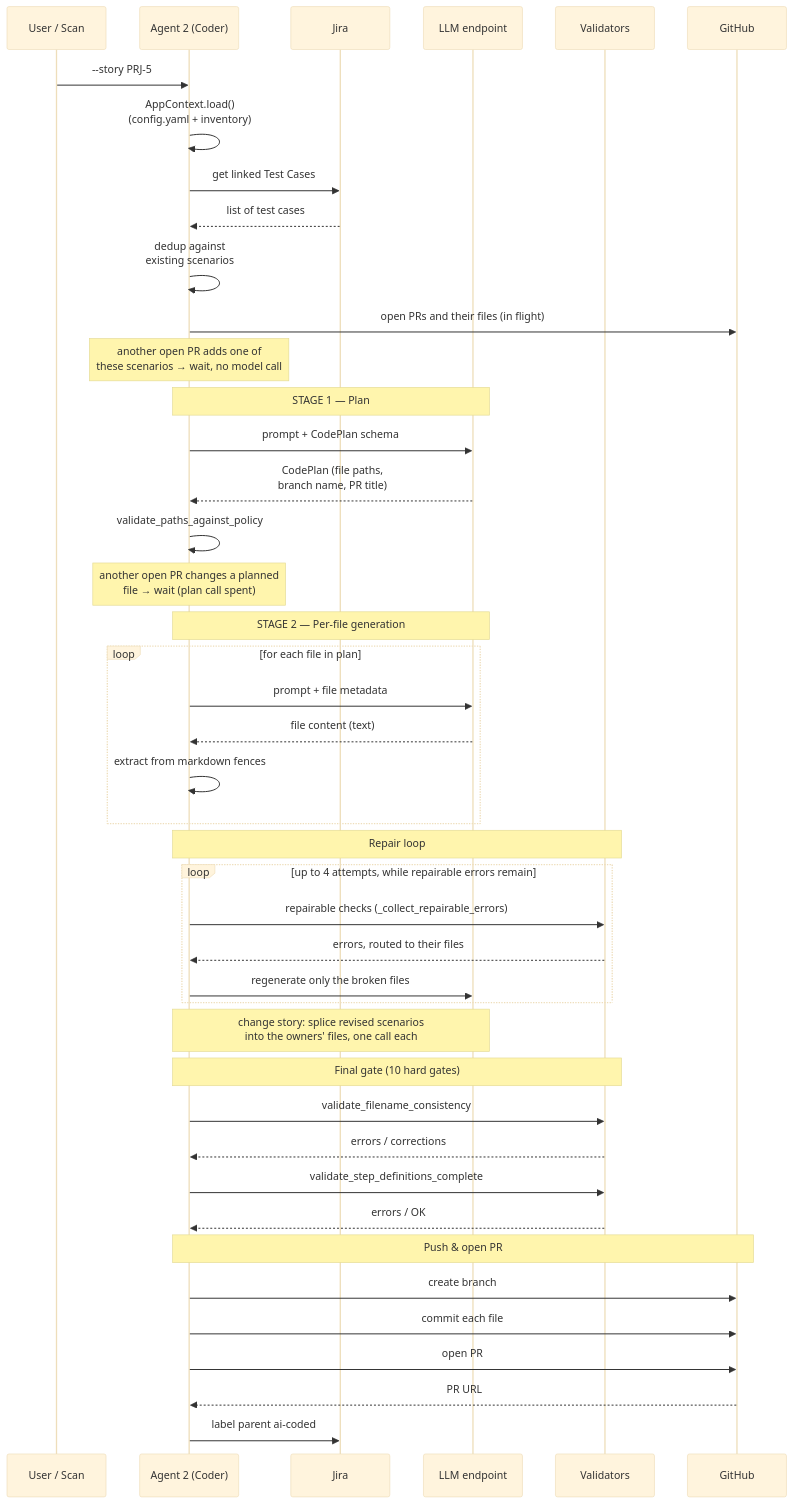
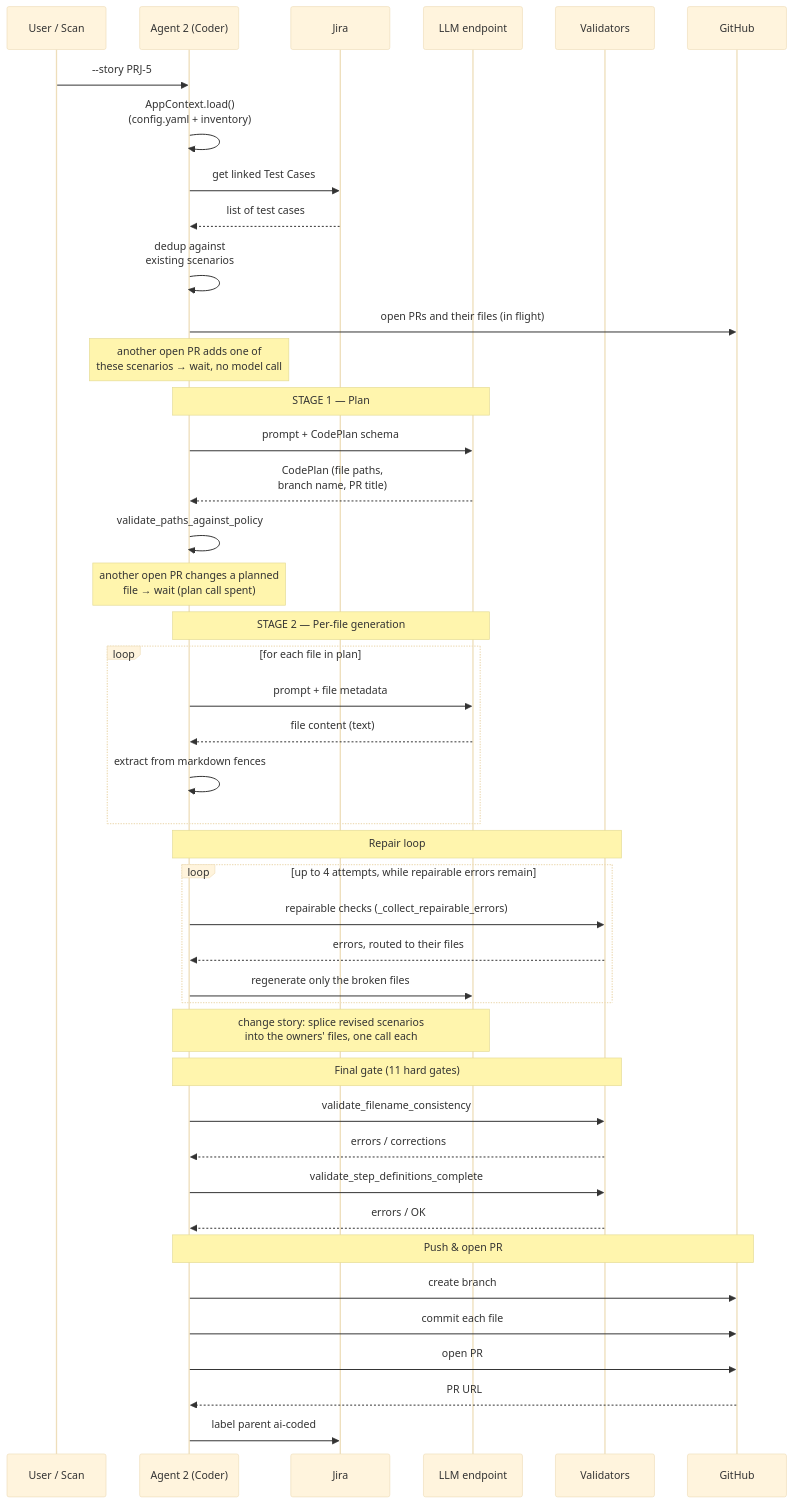
Before and after one commit to rajiniottesting-coder/multi-agent-test-automation: the fourth of 5 diagrams in docs/GUIDE.md, drawn with Mermaid (base theme). The commit also changed other lines of this file and 4 other files, not shown here.

````diff
--- a/docs/GUIDE.md
+++ b/docs/GUIDE.md
@@ -3300,51 +3352,51 @@
 ```mermaid
 sequenceDiagram
     participant U as User / Scan
     participant A2 as Agent 2 (Coder)
     participant J as Jira
     participant L as LLM endpoint
     participant V as Validators
     participant G as GitHub
 
     U->>A2: --story PRJ-5
     A2->>A2: AppContext.load()<br/>(config.yaml + inventory)
     A2->>J: get linked Test Cases
     J-->>A2: list of test cases
     A2->>A2: dedup against<br/>existing scenarios
     A2->>G: open PRs and their files (in flight)
     Note over A2: another open PR adds one of<br/>these scenarios → wait, no model call
 
     Note over A2,L: STAGE 1 — Plan
     A2->>L: prompt + CodePlan schema
     L-->>A2: CodePlan (file paths,<br/>branch name, PR title)
     A2->>A2: validate_paths_against_policy
     Note over A2: another open PR changes a planned<br/>file → wait (plan call spent)
 
     Note over A2,L: STAGE 2 — Per-file generation
     loop for each file in plan
         A2->>L: prompt + file metadata
         L-->>A2: file content (text)
         A2->>A2: extract from markdown fences
     end
 
     Note over A2,V: Repair loop
     loop up to 4 attempts, while repairable errors remain
         A2->>V: repairable checks (_collect_repairable_errors)
         V-->>A2: errors, routed to their files
         A2->>L: regenerate only the broken files
     end
     Note over A2,L: change story: splice revised scenarios<br/>into the owners' files, one call each
 
-    Note over A2,V: Final gate (10 hard gates)
+    Note over A2,V: Final gate (11 hard gates)
     A2->>V: validate_filename_consistency
     V-->>A2: errors / corrections
     A2->>V: validate_step_definitions_complete
     V-->>A2: errors / OK
 
     Note over A2,G: Push & open PR
     A2->>G: create branch
     A2->>G: commit each file
     A2->>G: open PR
     G-->>A2: PR URL
     A2->>J: label parent ai-coded
 ```
````
